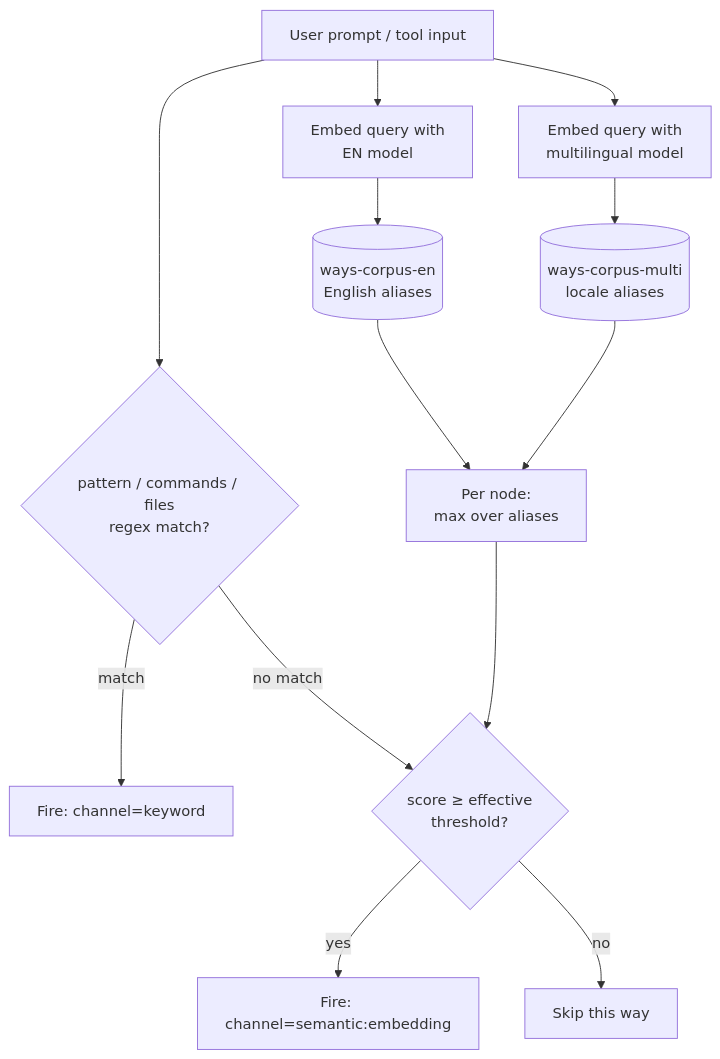
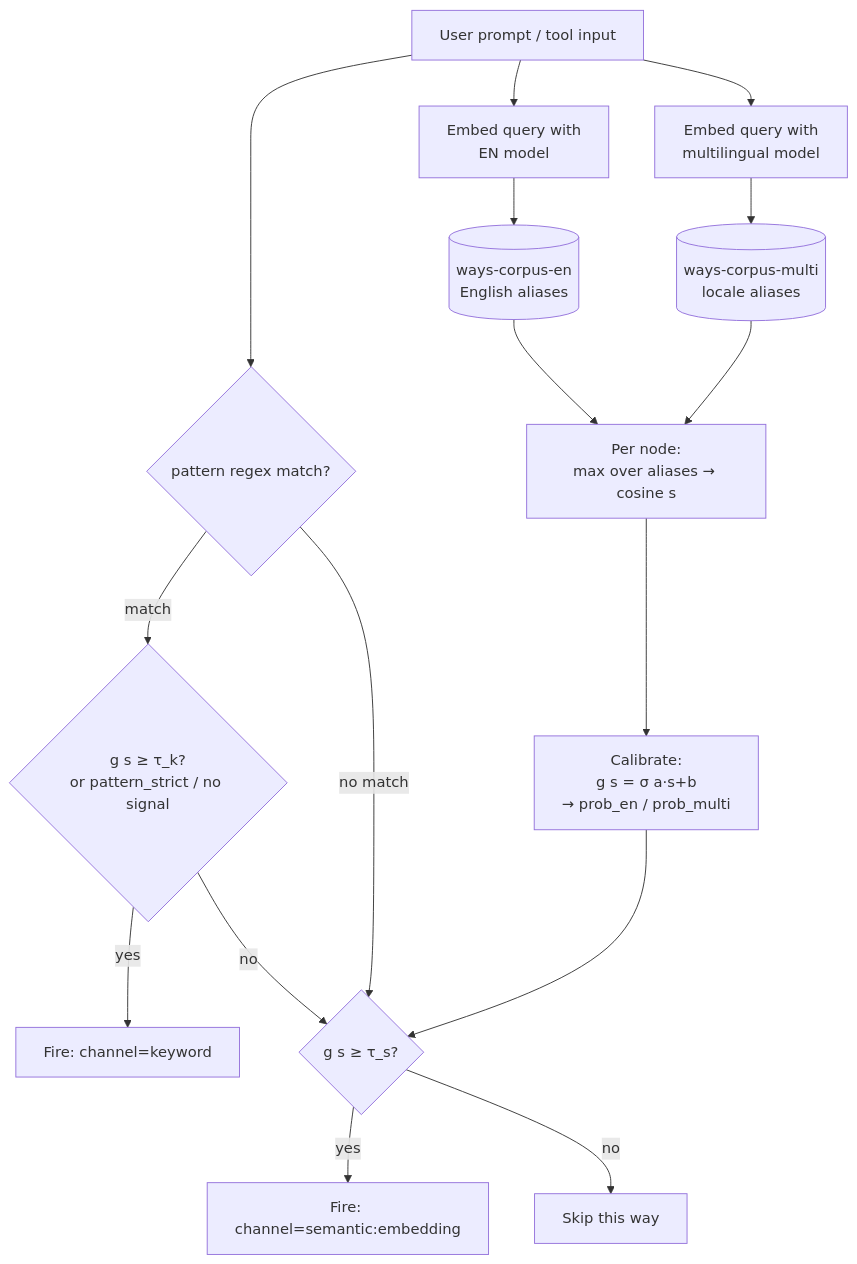
Before and after one commit to aaronsb/agent-ways: the third of 4 diagrams in docs/hooks-and-ways/matching.md, drawn with Mermaid. The commit also changed other lines of this file and 6 other files, not shown here.

````diff
--- a/docs/hooks-and-ways/matching.md
+++ b/docs/hooks-and-ways/matching.md
@@ -60,20 +60,22 @@
 ```mermaid
 flowchart TD
     Q[User prompt / tool input]
-    Q --> Reg{pattern / commands / files<br/>regex match?}
+    Q --> Reg{pattern regex match?}
     Q --> EN[Embed query with<br/>EN model]
     Q --> MU[Embed query with<br/>multilingual model]
 
-    Reg -- match --> F1[Fire: channel=keyword]
+    EN --> CORPEN[(ways-corpus-en<br/>English aliases)]
+    MU --> CORPMU[(ways-corpus-multi<br/>locale aliases)]
+    CORPEN --> AGG[Per node:<br/>max over aliases → cosine s]
+    CORPMU --> AGG
+    AGG --> CAL[Calibrate:<br/>g s = σ a·s+b<br/>→ prob_en / prob_multi]
+
+    Reg -- match --> GATE{g s ≥ τ_k?<br/>or pattern_strict / no signal}
+    GATE -- yes --> F1[Fire: channel=keyword]
+    GATE -- no --> SEM
     Reg -- no match --> SEM
 
-    EN --> CORPEN[(ways-corpus-en<br/>English aliases)]
-    MU --> CORPMU[(ways-corpus-multi<br/>locale aliases)]
-
-    CORPEN --> AGG[Per node:<br/>max over aliases]
-    CORPMU --> AGG
-
-    AGG --> SEM{score ≥ effective<br/>threshold?}
+    CAL --> SEM{g s ≥ τ_s?}
     SEM -- yes --> F2[Fire: channel=semantic:embedding]
     SEM -- no --> Skip[Skip this way]
 ```
````
